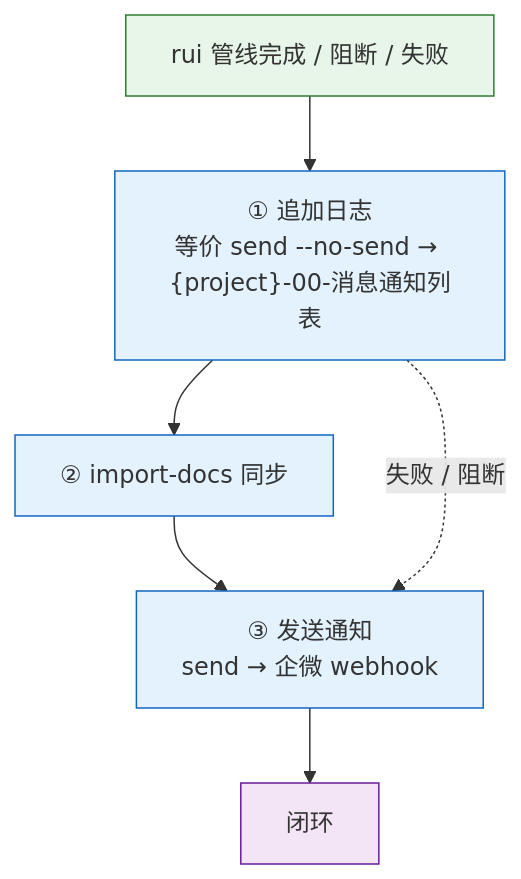
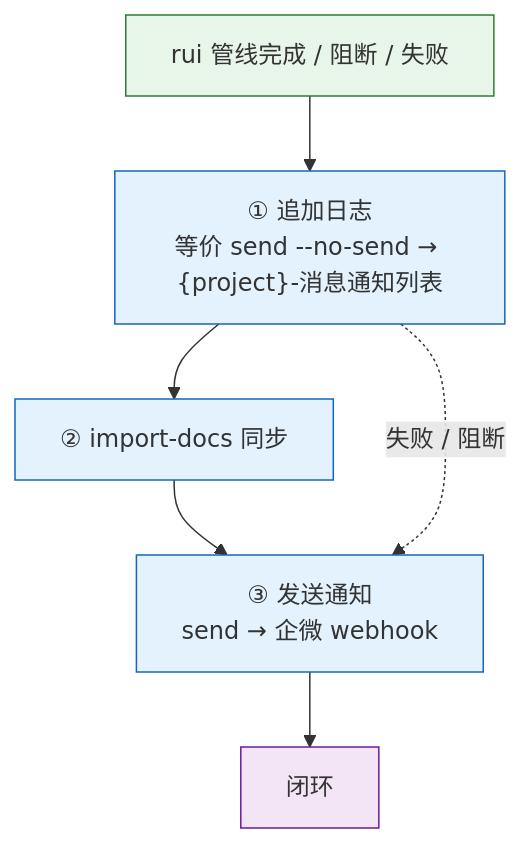
The first of 11 diagrams in skills/wework-bot/SKILL.md (effiy/YrY), drawn with Mermaid before and after one commit. The commit also changed other lines of this file and 90 other files, not shown here.

````diff
--- a/skills/wework-bot/SKILL.md
+++ b/skills/wework-bot/SKILL.md
@@ -20,13 +20,13 @@
 ```mermaid
 flowchart TB
-    RUI["rui 管线完成 / 阻断 / 失败"]:::src --> LOG["① 追加日志<br/>等价 send --no-send → {project}-00-消息通知列表"]:::step
+    RUI["rui 管线完成 / 阻断 / 失败"]:::src --> LOG["① 追加日志<br/>等价 send --no-send → {project}-消息通知列表"]:::step
     LOG --> SYNC["② import-docs 同步"]:::step
     SYNC --> SEND["③ 发送通知<br/>send → 企微 webhook"]:::step
     SEND --> DONE["闭环"]:::done
 
     LOG -.->|"失败 / 阻断"| SEND
 
     classDef src fill:#e8f5e9,stroke:#2e7d32;
     classDef step fill:#e3f2fd,stroke:#1565c0;
     classDef done fill:#f3e5f5,stroke:#6a1b9a;
 ```
````
